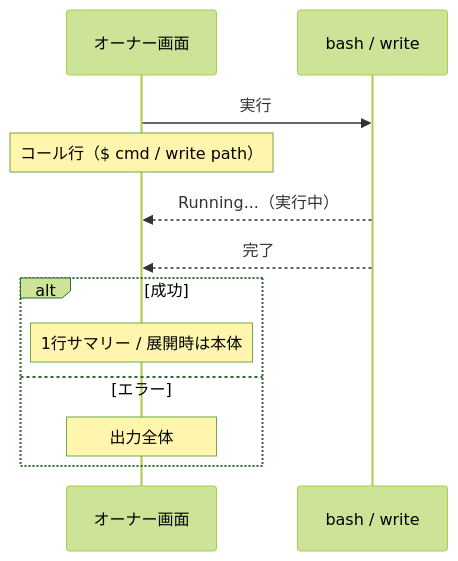
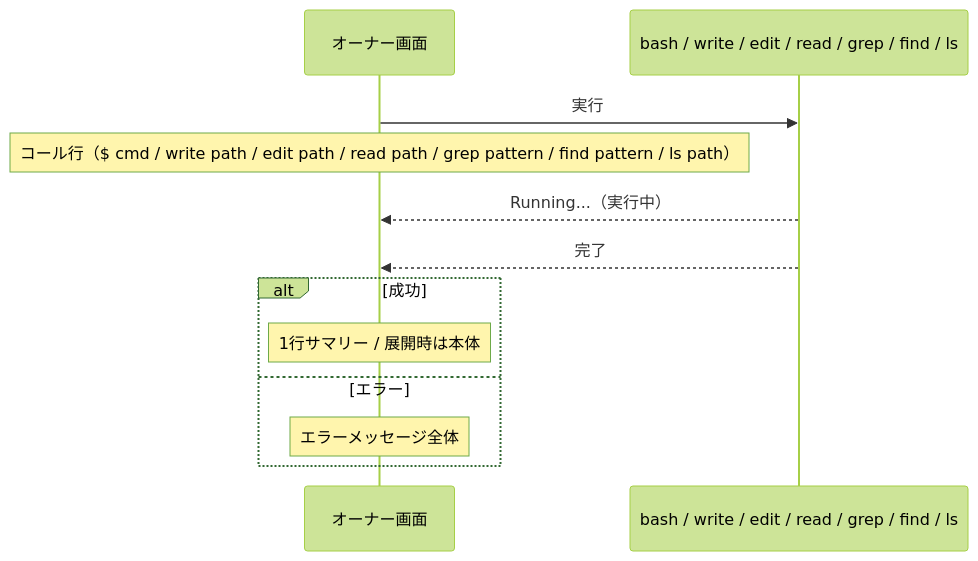
One commit to CatBraaain/dotfiles changed the diagram in dotfiles/.pi/agent/extensions.exact/quiet-tools/SPEC.md. Above: the diagram before and after it, drawn with Mermaid (forest theme). The commit also changed other lines of this file and 2 other files, not shown here.

Commit message:
feat(quiet-tools): support edit/read/grep/find/ls tools

````diff
--- a/dotfiles/.pi/agent/extensions.exact/quiet-tools/SPEC.md
+++ b/dotfiles/.pi/agent/extensions.exact/quiet-tools/SPEC.md
@@ -44,15 +98,15 @@
 ```mermaid
 sequenceDiagram
     participant Owner as オーナー画面
-    participant Tool as bash / write
+    participant Tool as bash / write / edit / read / grep / find / ls
 
     Owner->>Tool: 実行
-    Note over Owner: コール行（$ cmd / write path）
+    Note over Owner: コール行（$ cmd / write path / edit path / read path / grep pattern / find pattern / ls path）
     Tool-->>Owner: Running...（実行中）
     Tool-->>Owner: 完了
     alt 成功
         Note over Owner: 1行サマリー / 展開時は本体
     else エラー
-        Note over Owner: 出力全体
+        Note over Owner: エラーメッセージ全体
     end
 ```
````
